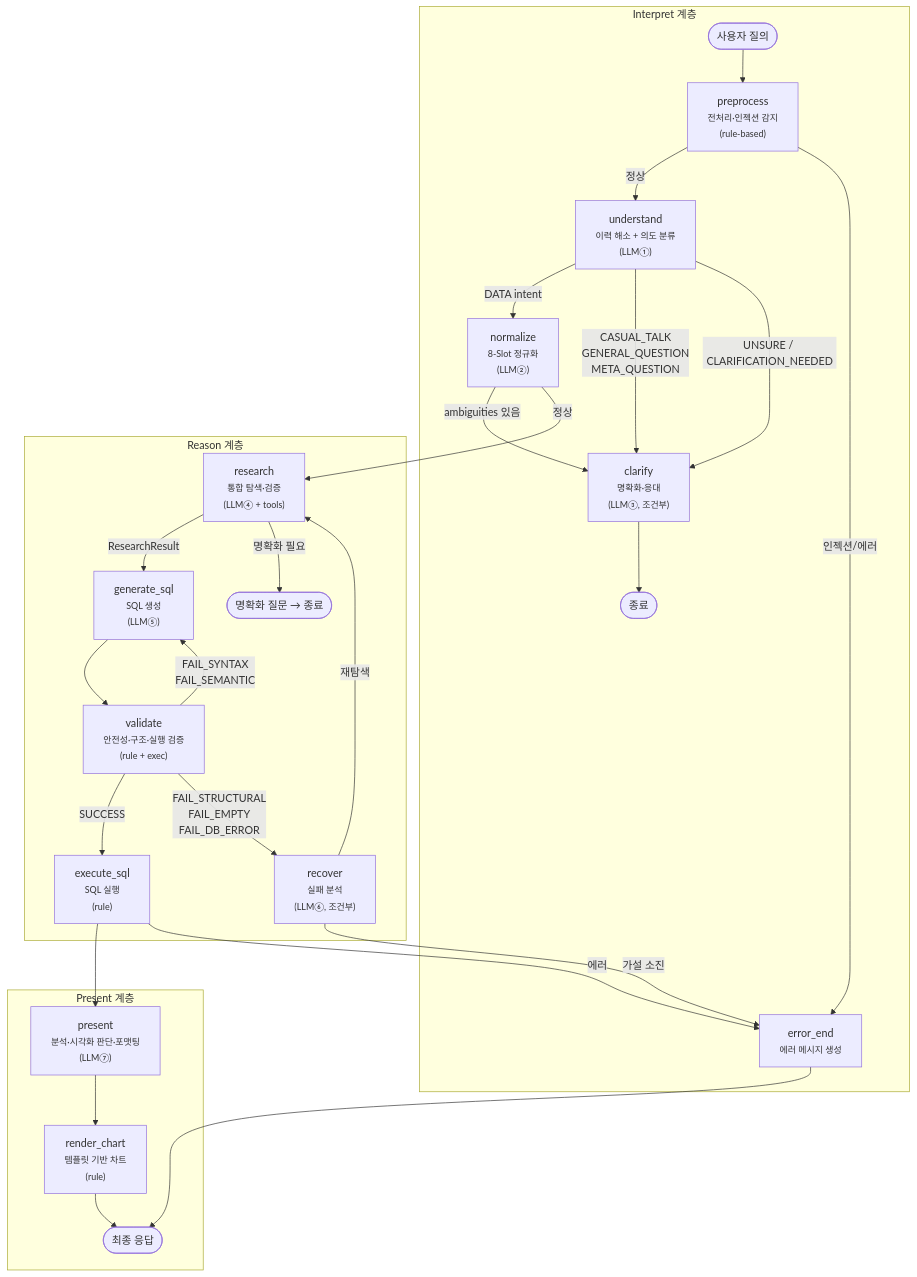
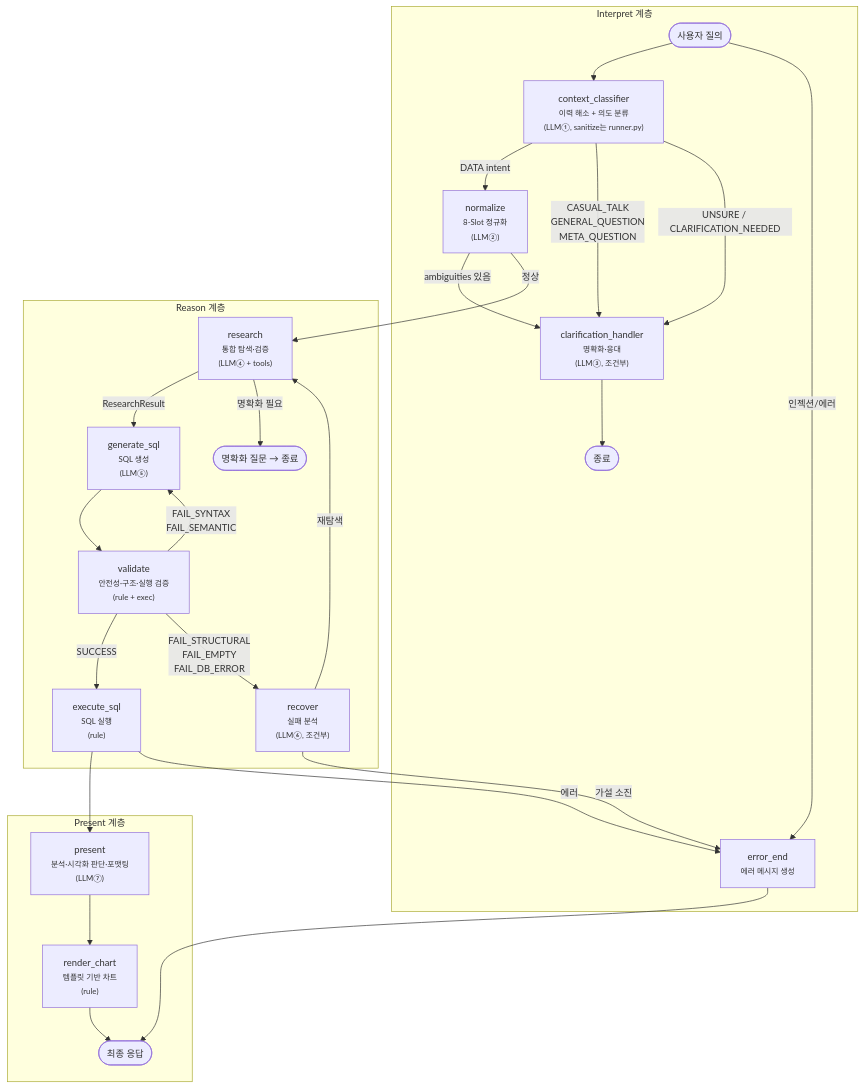
The first of 6 diagrams in docs/architecture/large-model-architecture.md (cheol-hee-han/data-copilot), drawn with Mermaid before and after one commit. The commit also changed other lines of this file and 254 other files, not shown here.

````diff
--- a/docs/architecture/large-model-architecture.md
+++ b/docs/architecture/large-model-architecture.md
@@ -649,34 +656,38 @@
 ```mermaid
+---
+config:
+  themeVariables:
+    fontSize: 14px
+---
 flowchart TD
     subgraph interpret["Interpret 계층"]
-        A([사용자 질의]) --> B["preprocess<br/><small>전처리·인젝션 감지<br/>(rule-based)</small>"]
-        B -->|정상| U["understand<br/><small>이력 해소 + 의도 분류<br/>(LLM①)</small>"]
-        B -->|인젝션/에러| ERR
+        A([사용자 질의]) --> U["context_classifier<br/><small>이력 해소 + 의도 분류<br/>(LLM①, sanitize는 runner.py)</small>"]
+        A -->|인젝션/에러| ERR
         U -->|"DATA intent"| N["normalize<br/><small>8-Slot 정규화<br/>(LLM②)</small>"]
         U -->|"CASUAL_TALK<br/>GENERAL_QUESTION<br/>META_QUESTION"| CLR
-        U -->|"UNSURE / CLARIFICATION_NEEDED"| CLR["clarify<br/><small>명확화·응대<br/>(LLM③, 조건부)</small>"]
+        U -->|"UNSURE / CLARIFICATION_NEEDED"| CLR["clarification_handler<br/><small>명확화·응대<br/>(LLM③, 조건부)</small>"]
         CLR --> END_CLR([종료])
         N -->|ambiguities 있음| CLR
     end
 
     subgraph reason["Reason 계층"]
         N -->|정상| R["research<br/><small>통합 탐색·검증<br/>(LLM④ + tools)</small>"]
         R -->|"ResearchResult"| G["generate_sql<br/><small>SQL 생성<br/>(LLM⑤)</small>"]
         R -->|명확화 필요| END_R_CLR([명확화 질문 → 종료])
         G --> V["validate<br/><small>안전성·구조·실행 검증<br/>(rule + exec)</small>"]
         V -->|SUCCESS| EXEC
         V -->|"FAIL_SYNTAX<br/>FAIL_SEMANTIC"| G
         V -->|"FAIL_STRUCTURAL<br/>FAIL_EMPTY<br/>FAIL_DB_ERROR"| REC["recover<br/><small>실패 분석<br/>(LLM⑥, 조건부)</small>"]
         REC -->|재탐색| R
         REC -->|가설 소진| ERR
     end
 
     subgraph present["Present 계층"]
         EXEC["execute_sql<br/><small>SQL 실행<br/>(rule)</small>"] --> P["present<br/><small>분석·시각화 판단·포맷팅<br/>(LLM⑦)</small>"]
         EXEC -->|에러| ERR
         P --> RC["render_chart<br/><small>템플릿 기반 차트<br/>(rule)</small>"]
         RC --> END_OK([최종 응답])
     end
 
     ERR["error_end<br/><small>에러 메시지 생성</small>"] --> END_OK
 ```
````
